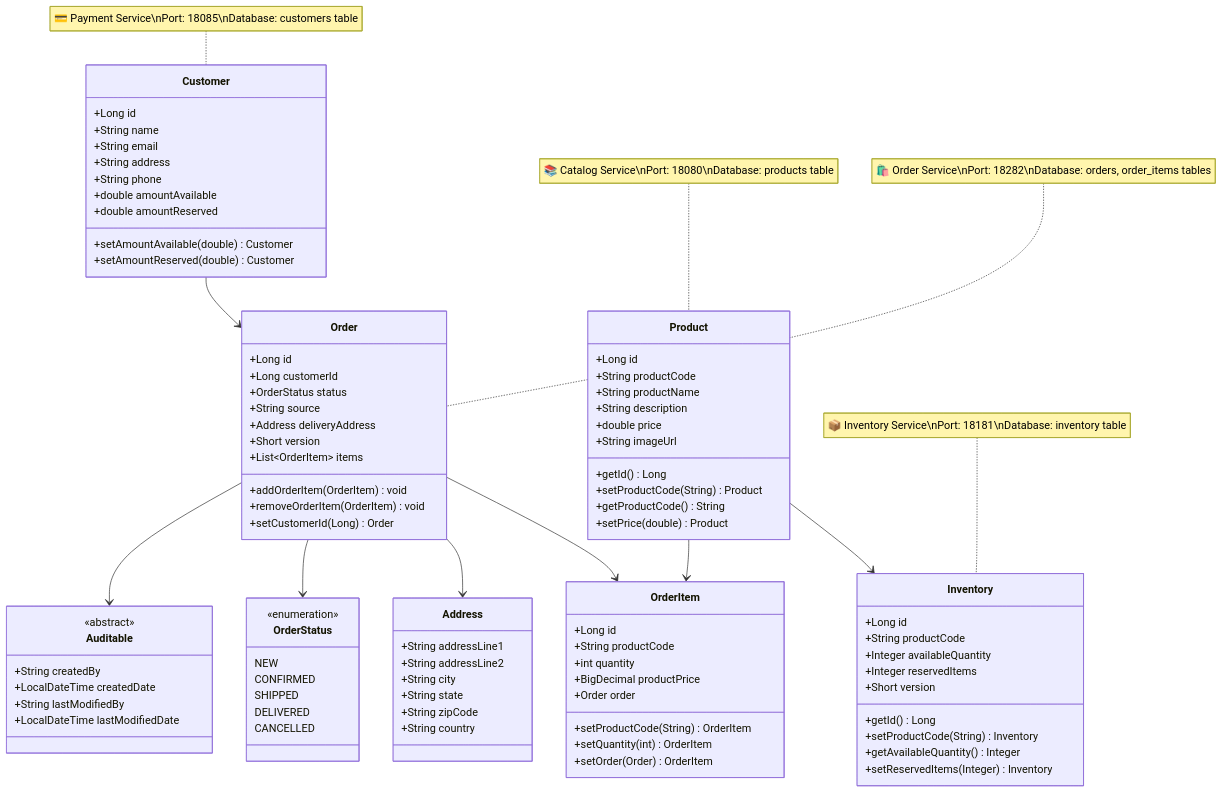
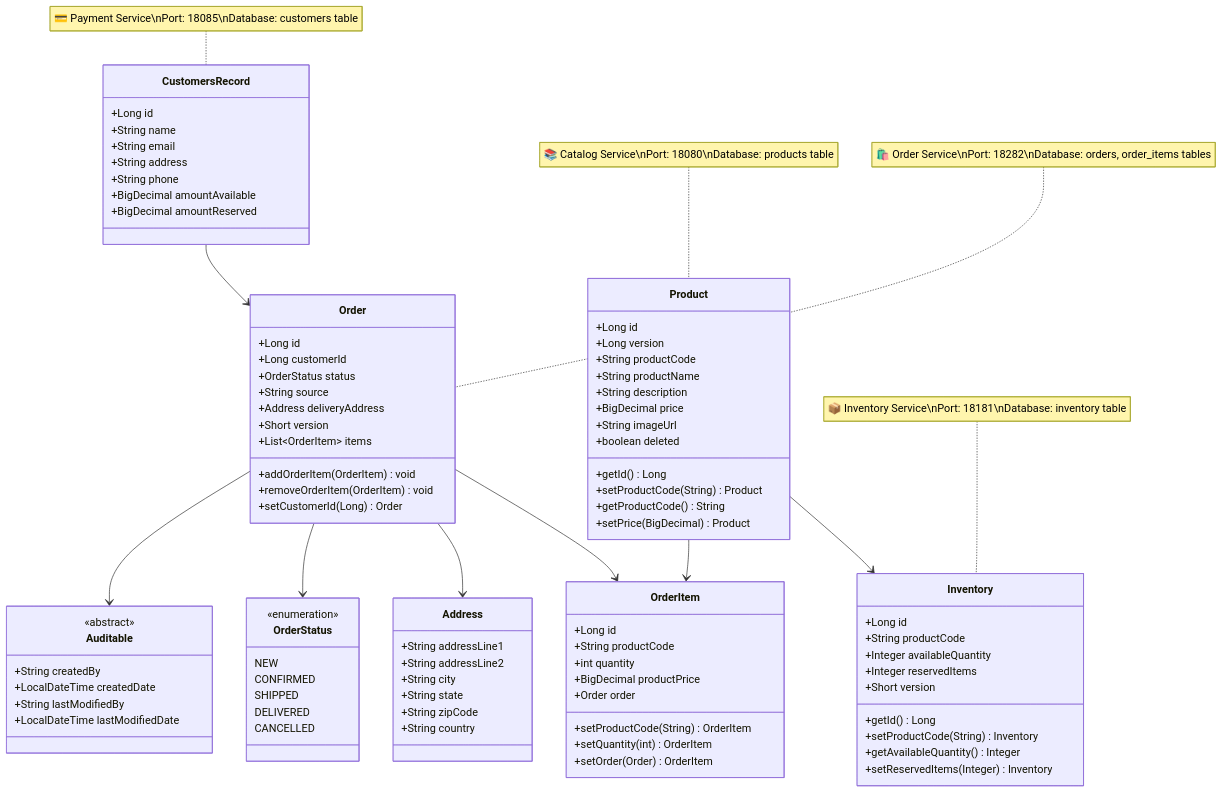
One commit to rajadilipkolli/spring-boot-microservices-series-v2 changed the first of 2 diagrams in MICROSERVICES-CLASS-DIAGRAM.md. Above: the diagram before and after it, drawn with Mermaid. The commit also changed other lines of this file and 51 other files, not shown here.

````diff
--- a/MICROSERVICES-CLASS-DIAGRAM.md
+++ b/MICROSERVICES-CLASS-DIAGRAM.md
@@ -9,15 +9,17 @@
     %% Catalog Service Domain
     class Product {
         +Long id
+        +Long version
         +String productCode
         +String productName
         +String description
-        +double price
+        +BigDecimal price
         +String imageUrl
+        +boolean deleted
         +getId() Long
         +setProductCode(String) Product
         +getProductCode() String
-        +setPrice(double) Product
+        +setPrice(BigDecimal) Product
     }
 
     %% Inventory Service Domain
@@ -84,17 +86,15 @@
         +LocalDateTime lastModifiedDate
     }
 
-    %% Payment Service Domain
-    class Customer {
+    %% Payment Service Domain (jOOQ Generated Record)
+    class CustomersRecord {
         +Long id
         +String name
         +String email
         +String address
         +String phone
-        +double amountAvailable
-        +double amountReserved
-        +setAmountAvailable(double) Customer
-        +setAmountReserved(double) Customer
+        +BigDecimal amountAvailable
+        +BigDecimal amountReserved
     }
 
     %% Relationships
@@ -104,11 +104,11 @@
     Order --> Auditable
     Product --> Inventory
     Product --> OrderItem
-    Customer --> Order
+    CustomersRecord --> Order
 
     %% Service Boundaries
     note for Product "📚 Catalog Service\nPort: 18080\nDatabase: products table"
     note for Inventory "📦 Inventory Service\nPort: 18181\nDatabase: inventory table"
     note for Order "🛍️ Order Service\nPort: 18282\nDatabase: orders, order_items tables"
-    note for Customer "💳 Payment Service\nPort: 18085\nDatabase: customers table"
+    note for CustomersRecord "💳 Payment Service\nPort: 18085\nDatabase: customers table"
 ```
````
